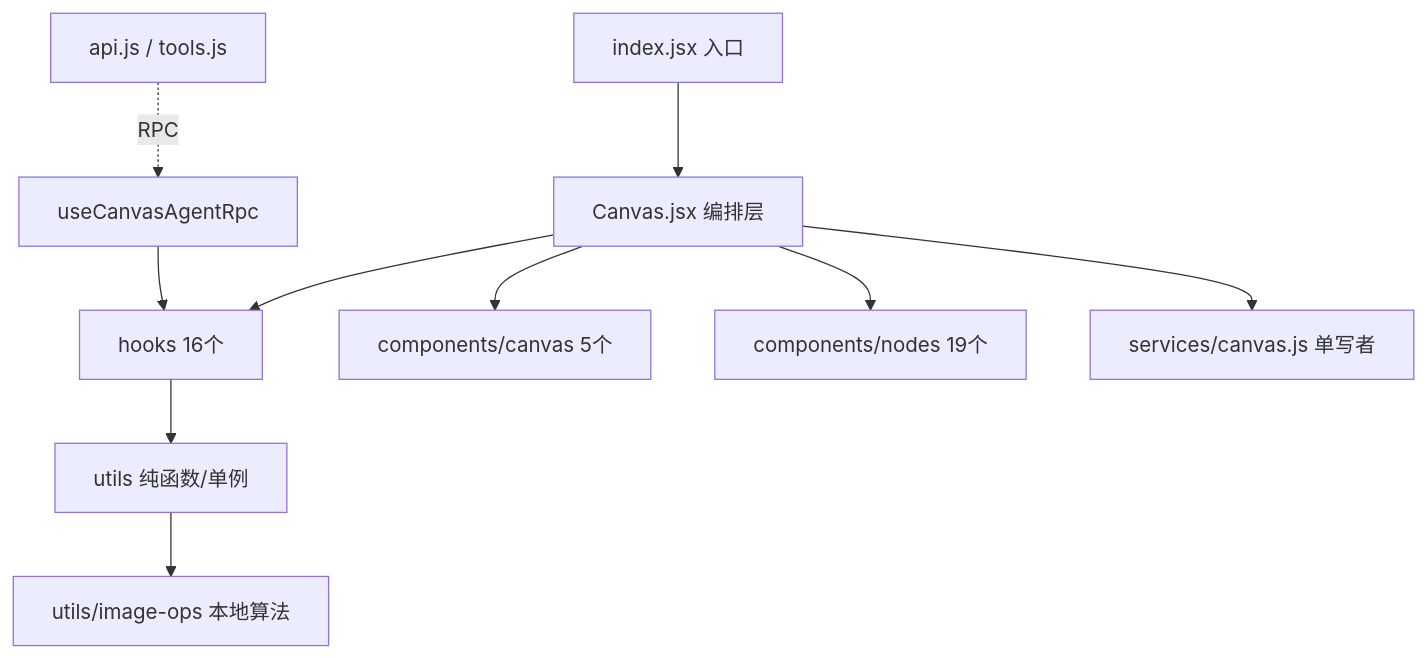
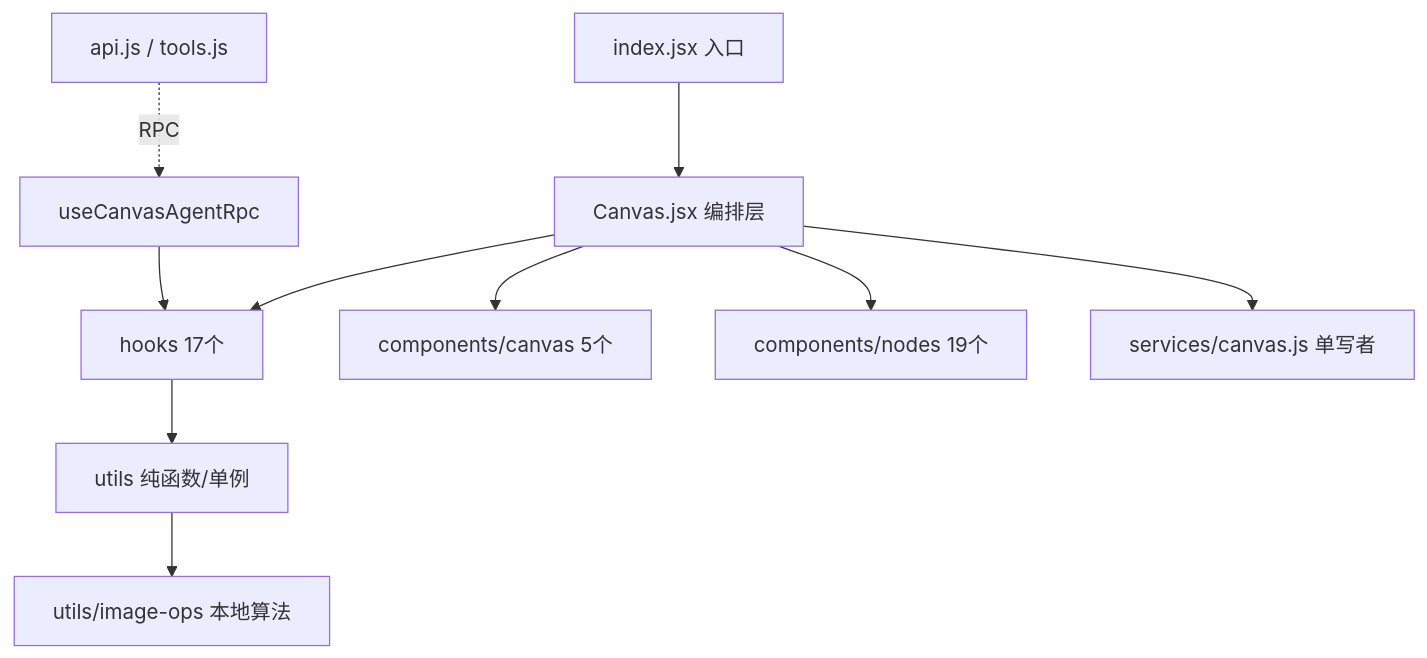
One commit to hunmer/agent-spaces changed the diagram in packages/server/agent-spaces-data/mini-apps/game-asset-canvas/src/CLAUDE.md. Above: the diagram before and after it, drawn with Mermaid. The commit also changed other lines of this file and 24 other files, not shown here.

````diff
--- a/packages/server/agent-spaces-data/mini-apps/game-asset-canvas/src/CLAUDE.md
+++ b/packages/server/agent-spaces-data/mini-apps/game-asset-canvas/src/CLAUDE.md
@@ -39,12 +39,12 @@
 ```mermaid
 graph TD
     A[index.jsx 入口] --> B[Canvas.jsx 编排层]
-    B --> C[hooks 16个]
+    B --> C[hooks 17个]
     B --> D[components/canvas 5个]
     B --> E[components/nodes 19个]
     C --> F[utils 纯函数/单例]
     F --> G[utils/image-ops 本地算法]
     B --> H[services/canvas.js 单写者]
     I[api.js / tools.js] -.RPC.-> J[useCanvasAgentRpc]
     J --> C
 ```
````
